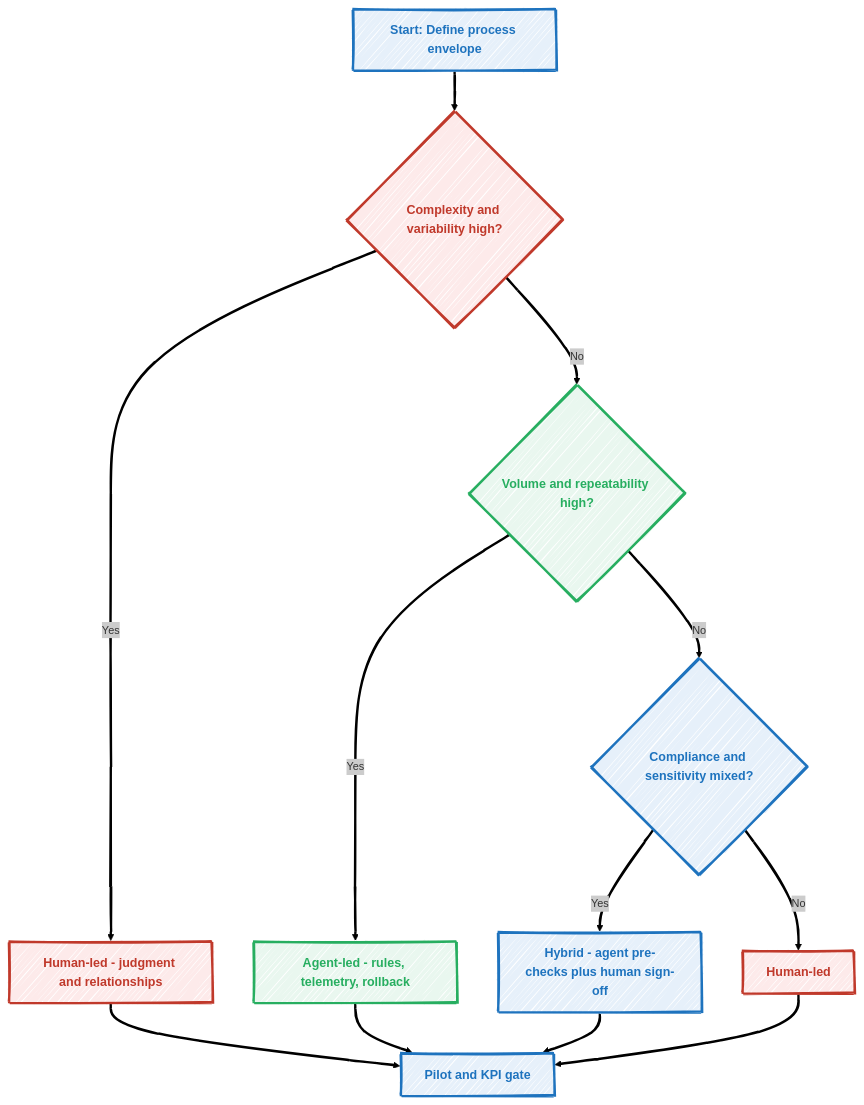
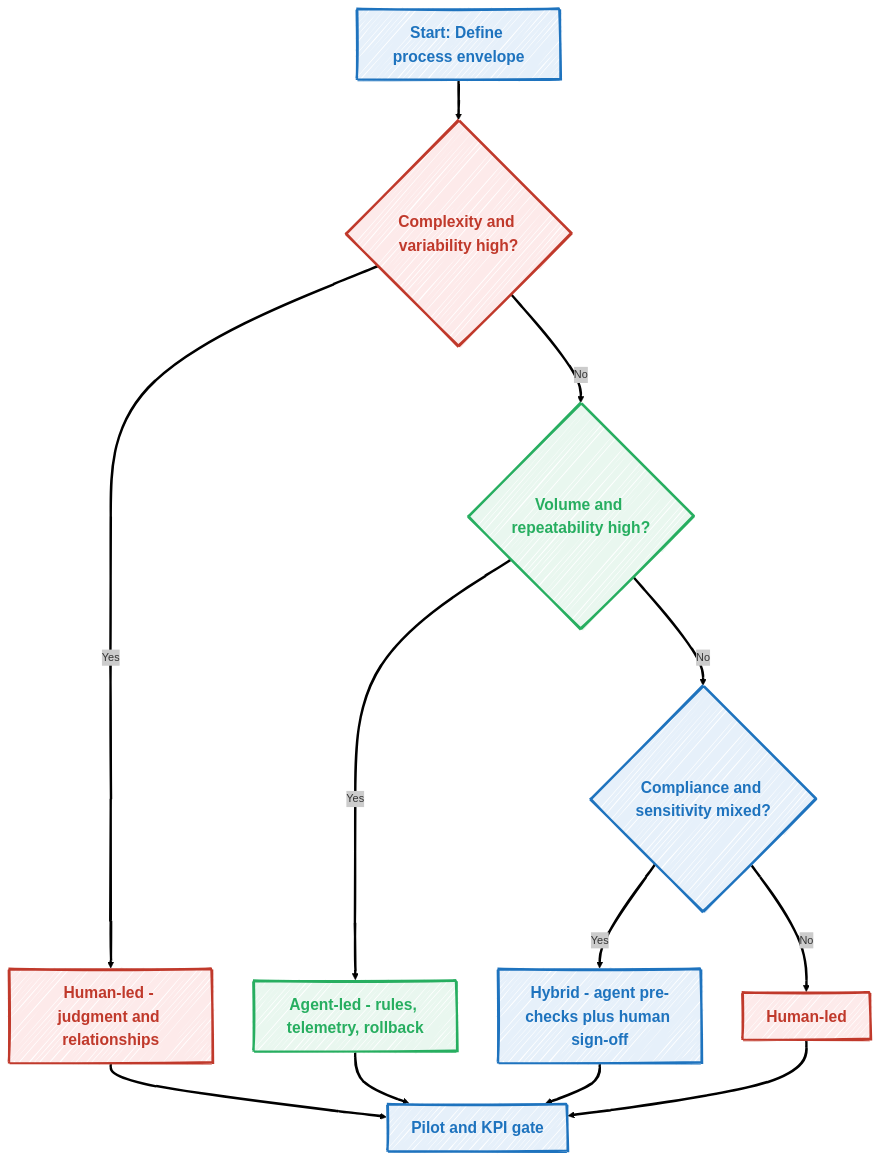
One commit to antomon/antomon.github.io changed the diagram in posts/beyond-the-hype-what-microsoft-copilot-data-really-says-about-AI-at-work/index.qmd. Above: the diagram before and after it, drawn with Mermaid. The commit also changed 5 other files, not shown here.

````diff
--- a/posts/beyond-the-hype-what-microsoft-copilot-data-really-says-about-AI-at-work/index.qmd
+++ b/posts/beyond-the-hype-what-microsoft-copilot-data-really-says-about-AI-at-work/index.qmd
@@ -874,45 +874,45 @@
 ```{mermaid}
 %%| label: CARO-decision-flow
 %%| fig-cap: CARO decision flow
 %%| fig-alt: CARO decision flow
 %%| fig-align: center
 %%{init: {"theme": "neo", "look": "handDrawn"}}%%
 
 flowchart TD
   S[Start: Define process envelope] --> A{Complexity and variability high?}
   A -- Yes --> H1[Human-led - judgment and relationships]
   A -- No --> B{Volume and repeatability high?}
   B -- Yes --> AG1[Agent-led - rules, telemetry, rollback]
   B -- No --> C{Compliance and sensitivity mixed?}
   C -- Yes --> HY1[Hybrid - agent pre-checks plus human sign-off]
   C -- No --> H2[Human-led]
   H1 --> E[Pilot and KPI gate]
   AG1 --> E
   HY1 --> E
   H2 --> E
 
-  %% Node styles with thicker borders and bold 16px font
-  style S stroke:#1e73be,fill:#e6f0fa,color:#1e73be,stroke-width:3px,font-weight:bold,font-size:16px
-  style A stroke:#c0392b,fill:#fdeaea,color:#c0392b,stroke-width:3px,font-weight:bold,font-size:16px
-  style B stroke:#27ae60,fill:#e9f7ef,color:#27ae60,stroke-width:3px,font-weight:bold,font-size:16px
-  style C stroke:#1e73be,fill:#e6f0fa,color:#1e73be,stroke-width:3px,font-weight:bold,font-size:16px
+  %% Node styles with thicker borders and bold 20px font
+  style S stroke:#1e73be,fill:#e6f0fa,color:#1e73be,stroke-width:3px,font-weight:bold,font-size:20px
+  style A stroke:#c0392b,fill:#fdeaea,color:#c0392b,stroke-width:3px,font-weight:bold,font-size:20px
+  style B stroke:#27ae60,fill:#e9f7ef,color:#27ae60,stroke-width:3px,font-weight:bold,font-size:20px
+  style C stroke:#1e73be,fill:#e6f0fa,color:#1e73be,stroke-width:3px,font-weight:bold,font-size:20px
 
-  style H1 stroke:#c0392b,fill:#fdeaea,color:#c0392b,stroke-width:3px,font-weight:bold,font-size:16px
-  style H2 stroke:#c0392b,fill:#fdeaea,color:#c0392b,stroke-width:3px,font-weight:bold,font-size:16px
-  style AG1 stroke:#27ae60,fill:#e9f7ef,color:#27ae60,stroke-width:3px,font-weight:bold,font-size:16px
-  style HY1 stroke:#1e73be,fill:#e6f0fa,color:#1e73be,stroke-width:3px,font-weight:bold,font-size:16px
-  style E stroke:#1e73be,fill:#e6f0fa,color:#1e73be,stroke-width:3px,font-weight:bold,font-size:16px
+  style H1 stroke:#c0392b,fill:#fdeaea,color:#c0392b,stroke-width:3px,font-weight:bold,font-size:20px
+  style H2 stroke:#c0392b,fill:#fdeaea,color:#c0392b,stroke-width:3px,font-weight:bold,font-size:20px
+  style AG1 stroke:#27ae60,fill:#e9f7ef,color:#27ae60,stroke-width:3px,font-weight:bold,font-size:20px
+  style HY1 stroke:#1e73be,fill:#e6f0fa,color:#1e73be,stroke-width:3px,font-weight:bold,font-size:20px
+  style E stroke:#1e73be,fill:#e6f0fa,color:#1e73be,stroke-width:3px,font-weight:bold,font-size:20px
 
   %% Black links with thicker lines
   linkStyle 0 stroke:#000000,stroke-width:3px,fill:none
   linkStyle 1 stroke:#000000,stroke-width:3px,fill:none
   linkStyle 2 stroke:#000000,stroke-width:3px,fill:none
   linkStyle 3 stroke:#000000,stroke-width:3px,fill:none
   linkStyle 4 stroke:#000000,stroke-width:3px,fill:none
   linkStyle 5 stroke:#000000,stroke-width:3px,fill:none
   linkStyle 6 stroke:#000000,stroke-width:3px,fill:none
   linkStyle 7 stroke:#000000,stroke-width:3px,fill:none
   linkStyle 8 stroke:#000000,stroke-width:3px,fill:none
   linkStyle 9 stroke:#000000,stroke-width:3px,fill:none
   linkStyle 10 stroke:#000000,stroke-width:3px,fill:none
 ```
````
